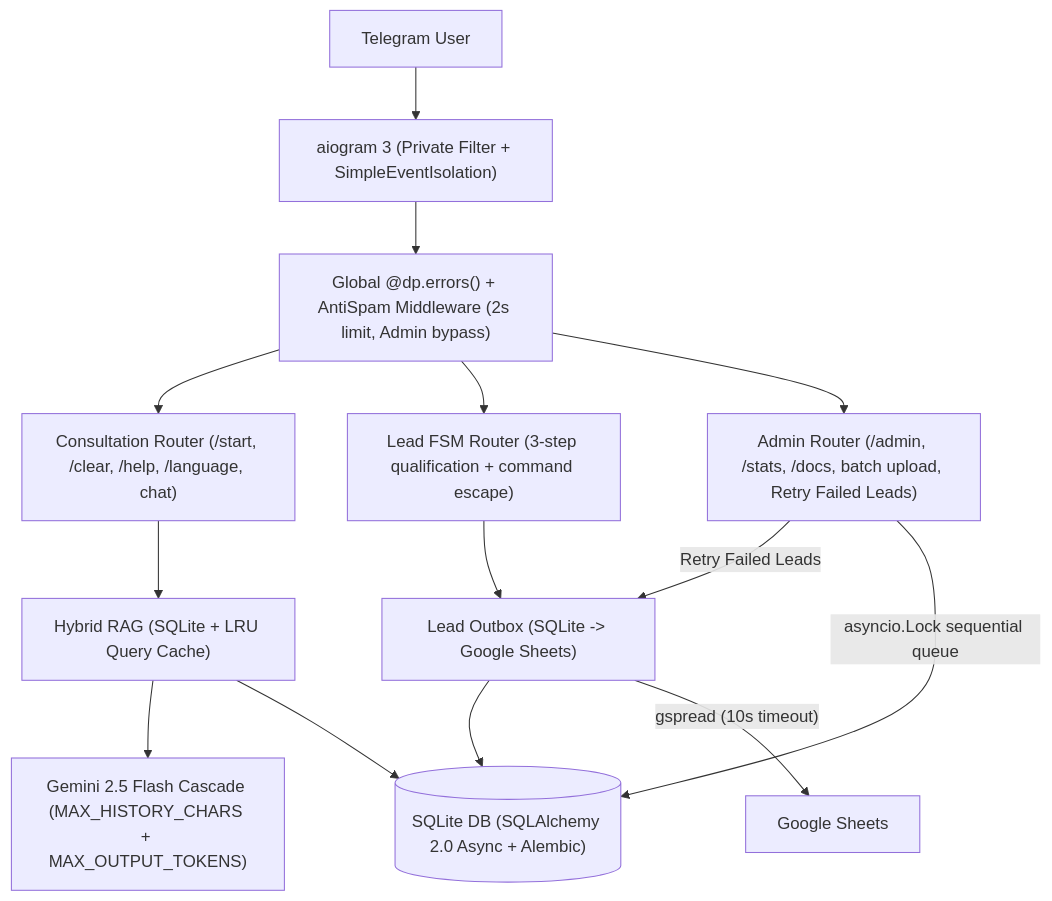
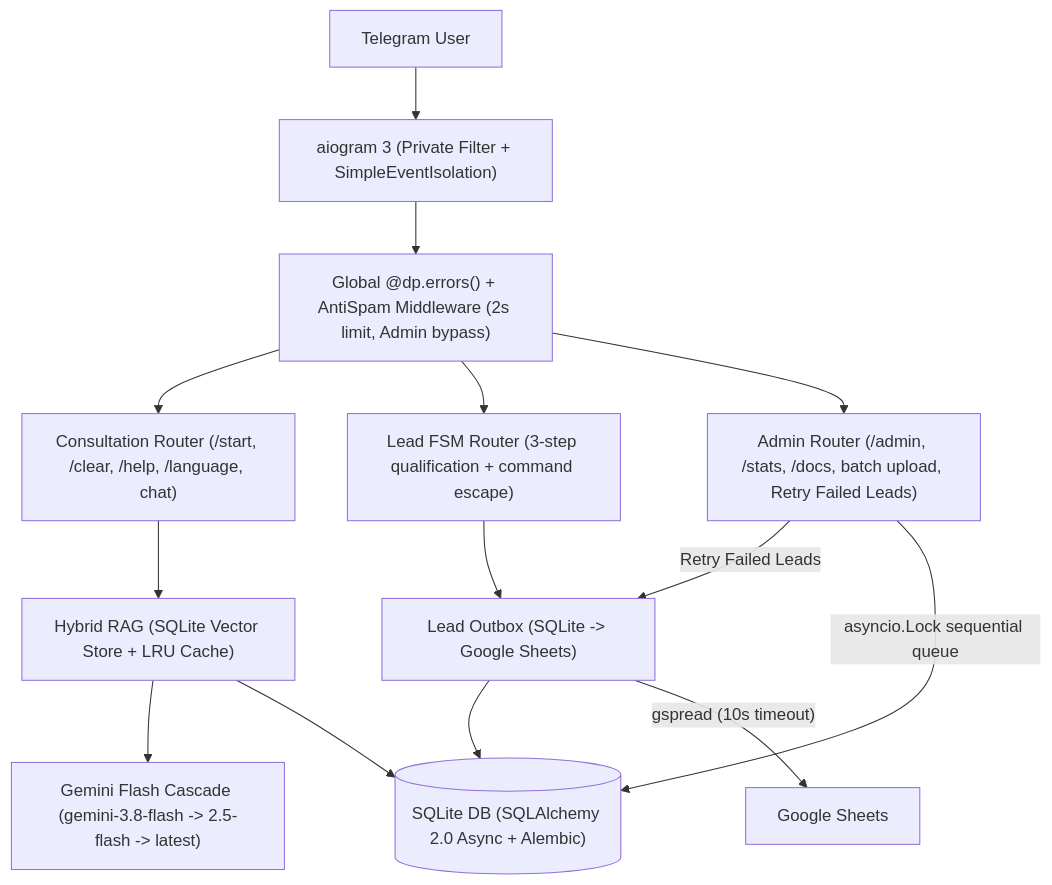
The first of 2 diagrams in README.md (Artem-462/ai_lead_bot), drawn with Mermaid before and after one commit. The commit also changed other lines of this file and 1 other file, not shown here.

Commit message:
docs: clarify SQLite 5-table schema, vector storage and hybrid RAG data flow in README

````diff
--- a/README.md
+++ b/README.md
@@ -50,19 +54,19 @@
 ```mermaid
 flowchart TD
     User["Telegram User"] --> Bot["aiogram 3 (Private Filter + SimpleEventIsolation)"]
     Bot --> ErrorBoundary["Global @dp.errors() + AntiSpam Middleware (2s limit, Admin bypass)"]
 
     ErrorBoundary --> MainH["Consultation Router (/start, /clear, /help, /language, chat)"]
     ErrorBoundary --> LeadH["Lead FSM Router (3-step qualification + command escape)"]
     ErrorBoundary --> AdminH["Admin Router (/admin, /stats, /docs, batch upload, Retry Failed Leads)"]
 
-    MainH --> HybridRAG["Hybrid RAG (SQLite + LRU Query Cache)"]
-    HybridRAG --> Gemini["Gemini 2.5 Flash Cascade (MAX_HISTORY_CHARS + MAX_OUTPUT_TOKENS)"]
+    MainH --> HybridRAG["Hybrid RAG (SQLite Vector Store + LRU Cache)"]
+    HybridRAG --> Gemini["Gemini Flash Cascade (gemini-3.8-flash -> 2.5-flash -> latest)"]
 
     LeadH --> Outbox["Lead Outbox (SQLite -> Google Sheets)"]
     AdminH -->|"Retry Failed Leads"| Outbox
     AdminH -->|"asyncio.Lock sequential queue"| DB[("SQLite DB (SQLAlchemy 2.0 Async + Alembic)")]
     HybridRAG --> DB
     Outbox --> DB
     Outbox -->|"gspread (10s timeout)"| GSheets["Google Sheets"]
 ```
````
